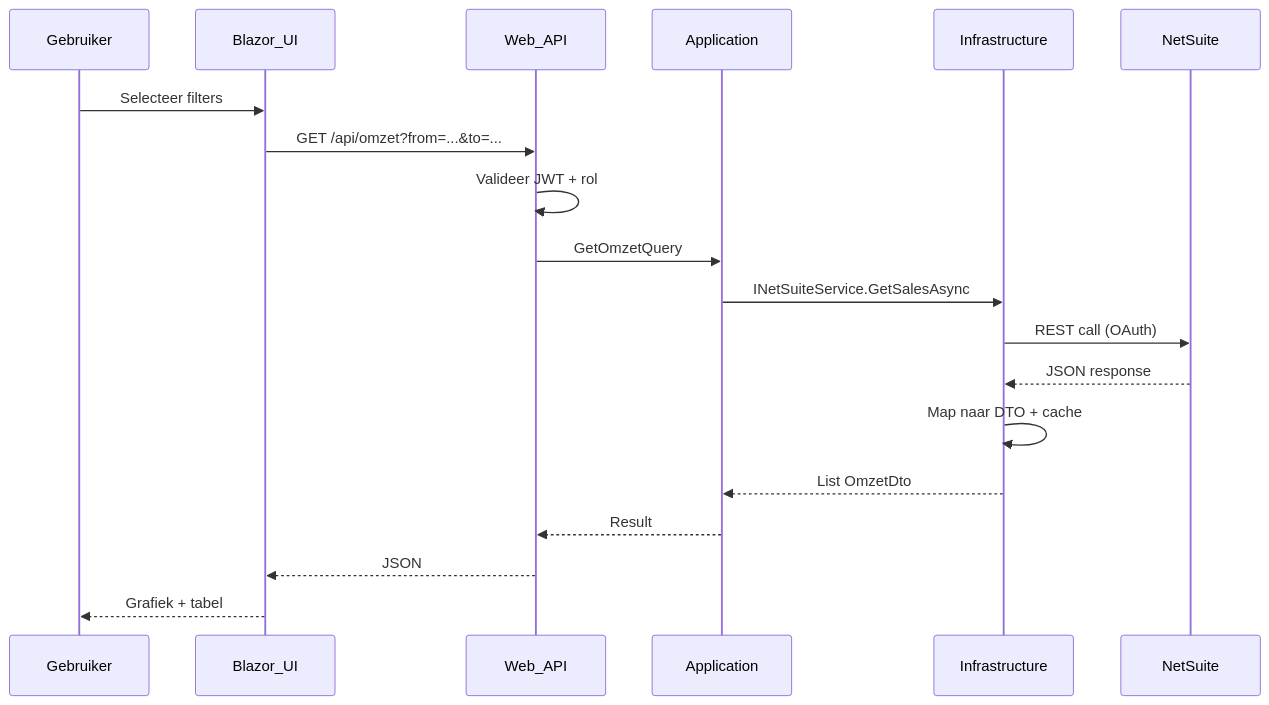
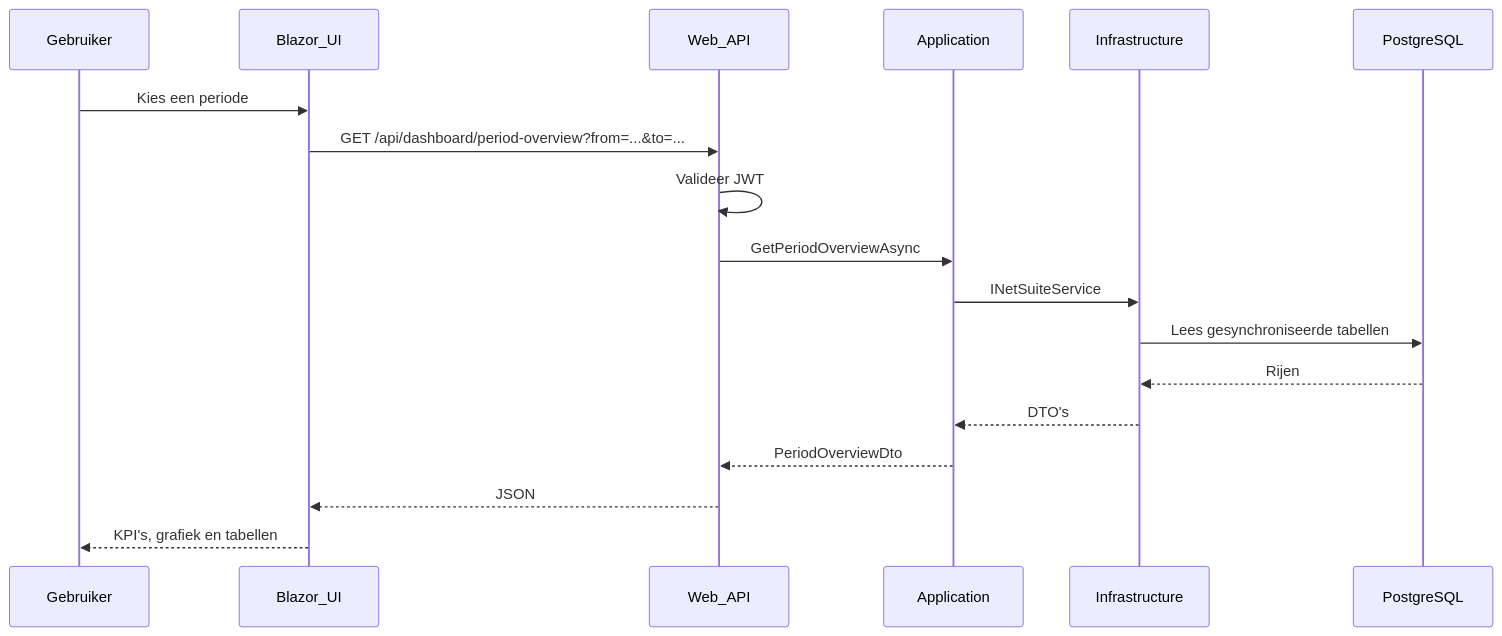
The second of 3 diagrams in docs/architectuur.md (JorikLeemans/TebiDashboard), drawn with Mermaid before and after one commit. The commit also changed other lines of this file and 12 other files, not shown here.

````diff
--- a/docs/architectuur.md
+++ b/docs/architectuur.md
@@ -94,22 +100,21 @@
 ```mermaid
 sequenceDiagram
     participant User as Gebruiker
     participant UI as Blazor_UI
     participant API as Web_API
     participant App as Application
     participant Infra as Infrastructure
-    participant NS as NetSuite
+    participant Db as PostgreSQL
 
-    User->>UI: Selecteer filters
-    UI->>API: GET /api/omzet?from=...&to=...
-    API->>API: Valideer JWT + rol
-    API->>App: GetOmzetQuery
-    App->>Infra: INetSuiteService.GetSalesAsync
-    Infra->>NS: REST call (OAuth)
-    NS-->>Infra: JSON response
-    Infra->>Infra: Map naar DTO + cache
-    Infra-->>App: List OmzetDto
-    App-->>API: Result
+    User->>UI: Kies een periode
+    UI->>API: GET /api/dashboard/period-overview?from=...&to=...
+    API->>API: Valideer JWT
+    API->>App: GetPeriodOverviewAsync
+    App->>Infra: INetSuiteService
+    Infra->>Db: Lees gesynchroniseerde tabellen
+    Db-->>Infra: Rijen
+    Infra-->>App: DTO's
+    App-->>API: PeriodOverviewDto
     API-->>UI: JSON
-    UI-->>User: Grafiek + tabel
+    UI-->>User: KPI's, grafiek en tabellen
 ```
````
